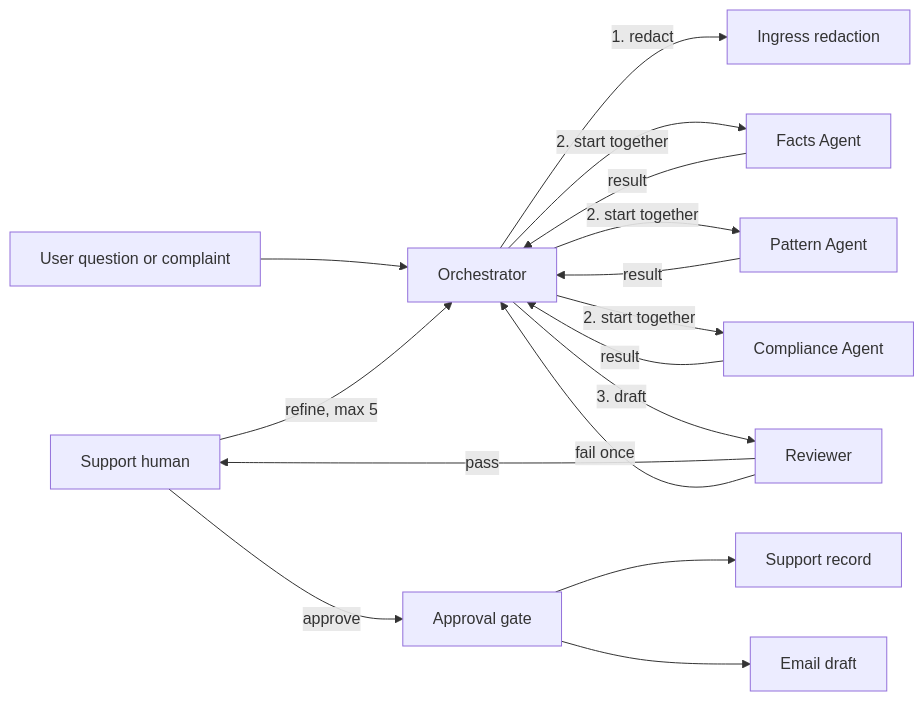
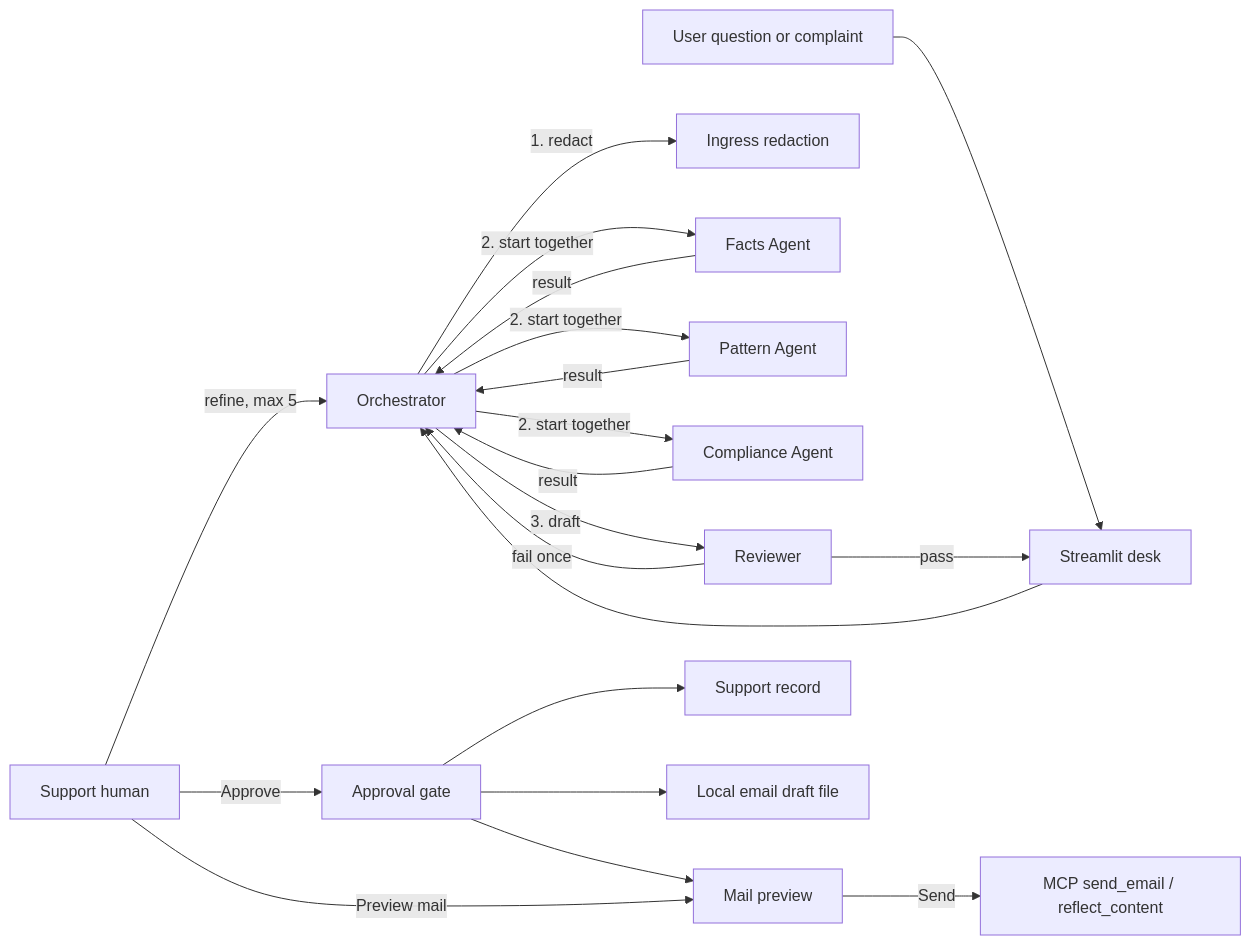
One commit to manisdevs-git/multi-agentic-system changed the first of 5 diagrams in docs/architecture.md. Above: the diagram before and after it, drawn with Mermaid. The commit also changed other lines of this file and 32 other files, not shown here.

First line of the commit message:
Ship the Streamlit support desk with approve, preview, and MCP send.

````diff
--- a/docs/architecture.md
+++ b/docs/architecture.md
@@ -22,30 +22,37 @@
 ```mermaid
 flowchart LR
   Human[Support human]
   UserMsg[User question or complaint]
   Orch[Orchestrator]
   Ingress[Ingress redaction]
   Facts[Facts Agent]
   Pattern[Pattern Agent]
   Compliance[Compliance Agent]
   Reviewer[Reviewer]
+  Desk[Streamlit desk]
   Gate[Approval gate]
+  Preview[Mail preview]
+  MCP[MCP send_email / reflect_content]
   Doc[Support record]
-  Mail[Email draft]
+  DraftFile[Local email draft file]
 
-  UserMsg --> Orch
+  UserMsg --> Desk
+  Desk --> Orch
   Orch -->|1. redact| Ingress
   Orch -->|2. start together| Facts
   Orch -->|2. start together| Pattern
   Orch -->|2. start together| Compliance
   Facts -->|result| Orch
   Pattern -->|result| Orch
   Compliance -->|result| Orch
   Orch -->|3. draft| Reviewer
-  Reviewer -->|pass| Human
+  Reviewer -->|pass| Desk
   Reviewer -->|fail once| Orch
   Human -->|refine, max 5| Orch
-  Human -->|approve| Gate
+  Human -->|Approve| Gate
   Gate --> Doc
-  Gate --> Mail
+  Gate --> DraftFile
+  Gate --> Preview
+  Human -->|Preview mail| Preview
+  Preview -->|Send| MCP
 ```
````
